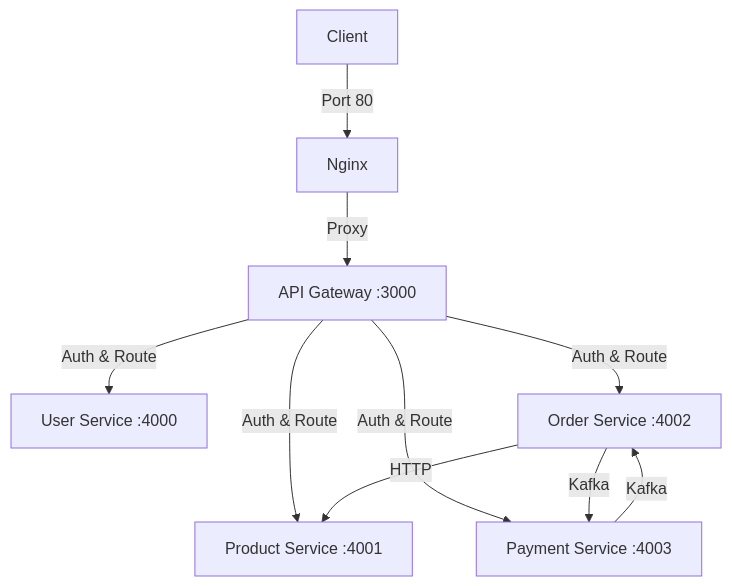
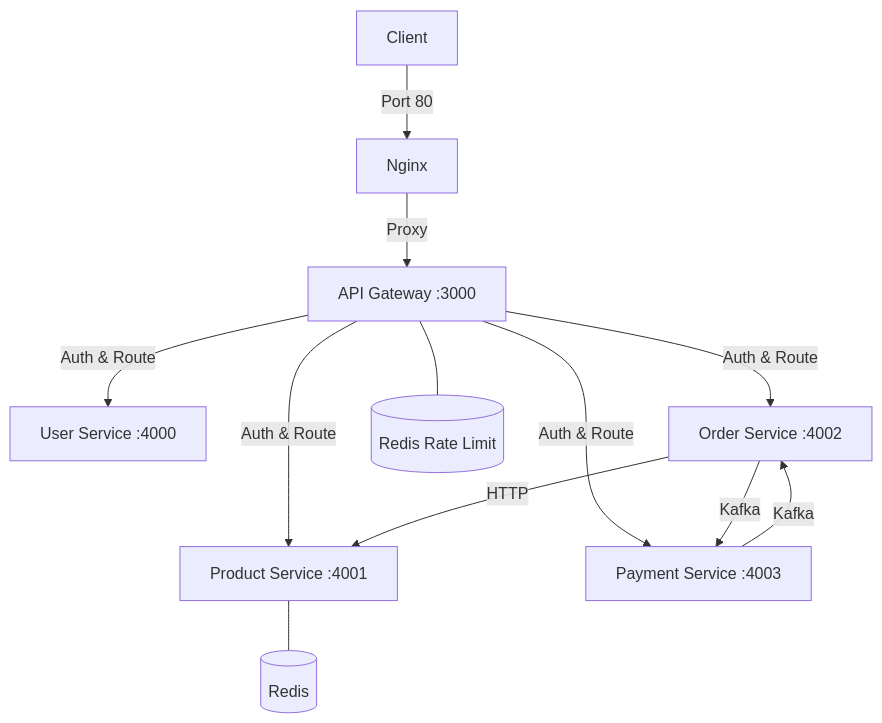
Before and after one commit to Dagemgissila/e-commerce-microservice: the diagram in README.md, drawn with Mermaid. The commit also changed other lines of this file, not shown here.

Commit message:
docs: refactor and update README with improved architecture documentation and workflow guides

````diff
--- a/README.md
+++ b/README.md
@@ -11,14 +11,17 @@
 ```mermaid
 graph TD
     Client[Client] -->|Port 80| Nginx[Nginx]
     Nginx -->|Proxy| Gateway[API Gateway :3000]
     
     Gateway -->|Auth & Route| Users[User Service :4000]
     Gateway -->|Auth & Route| Products[Product Service :4001]
     Gateway -->|Auth & Route| Orders[Order Service :4002]
     Gateway -->|Auth & Route| Payments[Payment Service :4003]
     
     Orders -- Kafka --> Payments
     Payments -- Kafka --> Orders
     Orders -- HTTP --> Products
+    
+    Products --- Redis[(Redis)]
+    Gateway --- Redis_Limit[(Redis Rate Limit)]
 ```
````
